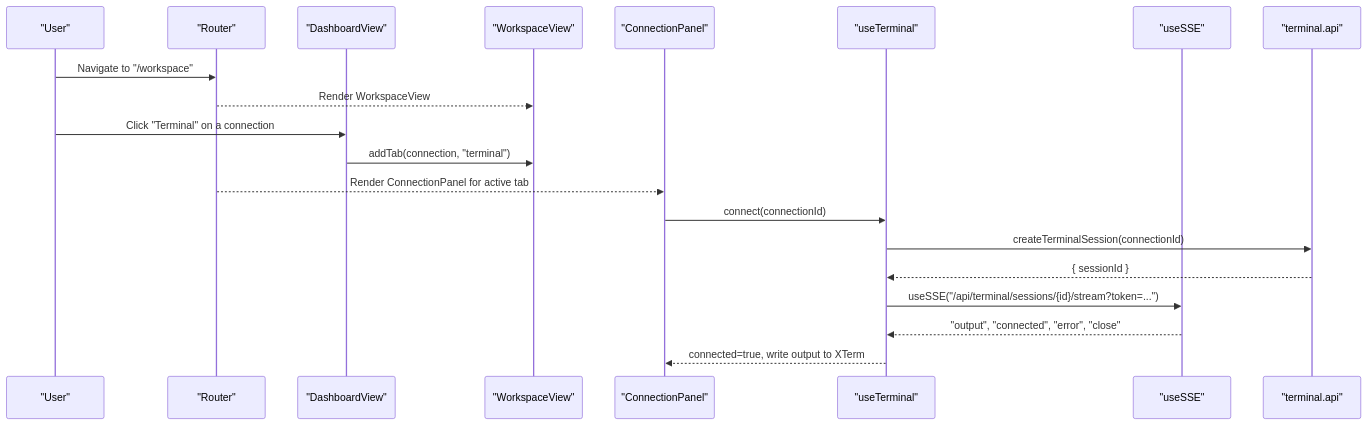
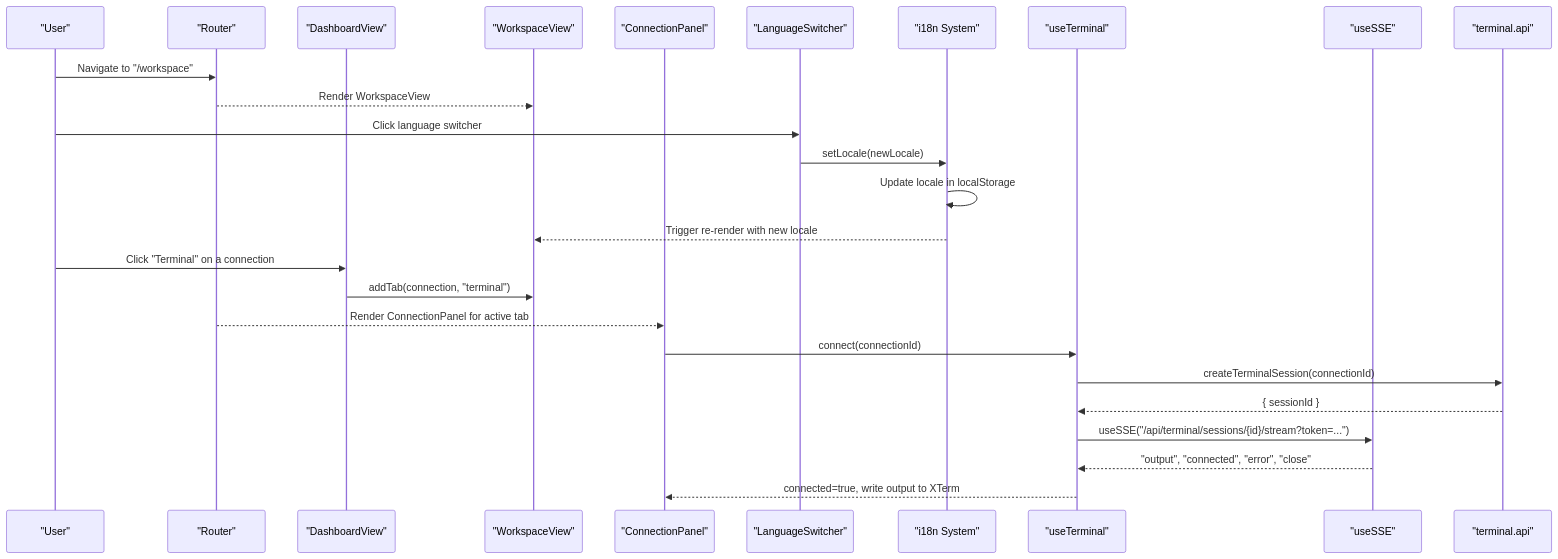
One commit to alickjoe/webterm changed the second of 10 diagrams in .qoder/repowiki/en/content/Frontend Application Architecture/Frontend Application Architecture.md. Above: the diagram before and after it, drawn with Mermaid. The commit also changed other lines of this file and 3 other files, not shown here.

First line of the commit message:
docs(architecture): 更新架构概览文档内容排版和格式

````diff
--- a/.qoder/repowiki/en/content/Frontend Application Architecture/Frontend Application Architecture.md
+++ b/.qoder/repowiki/en/content/Frontend Application Architecture/Frontend Application Architecture.md
@@ -125,22 +152,28 @@
 ```mermaid
 sequenceDiagram
 participant U as "User"
 participant R as "Router"
 participant D as "DashboardView"
 participant WS as "WorkspaceView"
 participant CP as "ConnectionPanel"
+participant LS as "LanguageSwitcher"
+participant I18N as "i18n System"
 participant Term as "useTerminal"
 participant SSE as "useSSE"
 participant API_T as "terminal.api"
 U->>R : Navigate to "/workspace"
 R-->>WS : Render WorkspaceView
+U->>LS : Click language switcher
+LS->>I18N : setLocale(newLocale)
+I18N->>I18N : Update locale in localStorage
+I18N-->>WS : Trigger re-render with new locale
 U->>D : Click "Terminal" on a connection
 D->>WS : addTab(connection, "terminal")
 R-->>CP : Render ConnectionPanel for active tab
 CP->>Term : connect(connectionId)
 Term->>API_T : createTerminalSession(connectionId)
 API_T-->>Term : { sessionId }
 Term->>SSE : useSSE("/api/terminal/sessions/{id}/stream?token=...")
 SSE-->>Term : "output", "connected", "error", "close"
 Term-->>CP : connected=true, write output to XTerm
 ```
````
